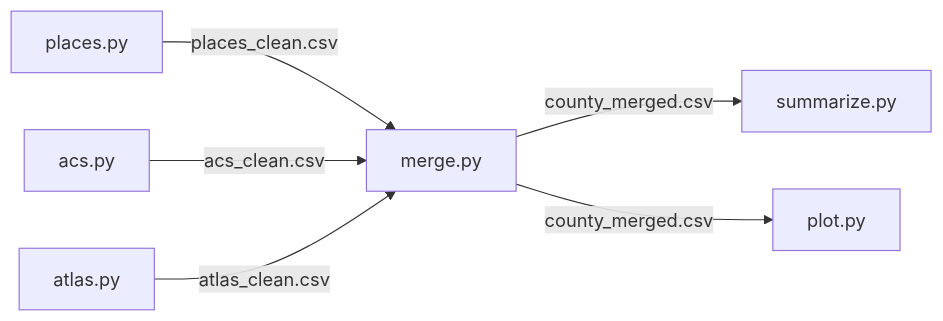
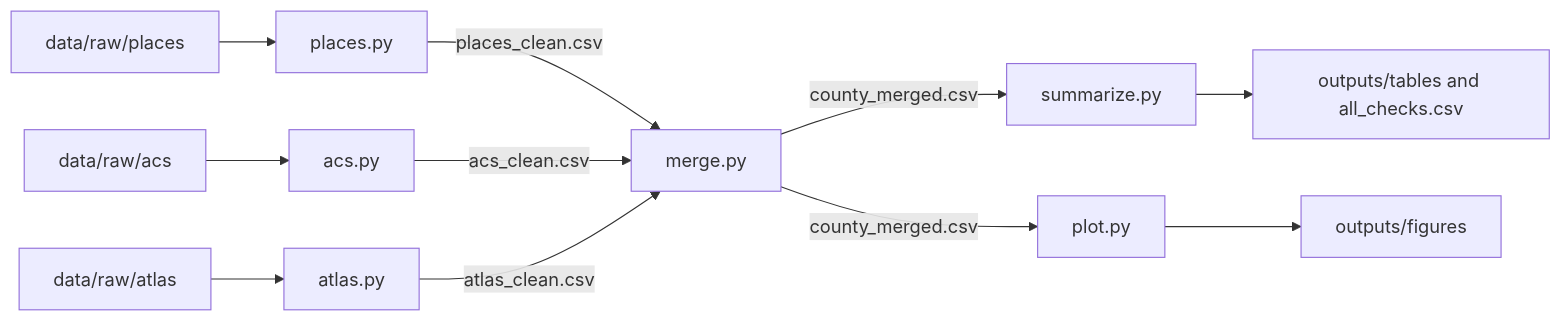
One commit to EshanVelidandla/EZToGether changed the diagram in StatusReport.md. Above: the diagram before and after it, drawn with Mermaid. The commit also changed other lines of this file, not shown here.

Commit message:
Add ACS section, fresh-clone results, timeline and Eshan contribution summary

````diff
--- a/StatusReport.md
+++ b/StatusReport.md
@@ -27,8 +33,13 @@
 ```mermaid
 flowchart LR
-    P[places.py] -->|places_clean.csv| M[merge.py]
-    A[acs.py] -->|acs_clean.csv| M
-    T[atlas.py] -->|atlas_clean.csv| M
+    R1[data/raw/places] --> P[places.py]
+    R2[data/raw/acs] --> A[acs.py]
+    R3[data/raw/atlas] --> T[atlas.py]
+    P -->|places_clean.csv| M[merge.py]
+    A -->|acs_clean.csv| M
+    T -->|atlas_clean.csv| M
     M -->|county_merged.csv| S[summarize.py]
     M -->|county_merged.csv| G[plot.py]
+    S --> O1[outputs/tables and all_checks.csv]
+    G --> O2[outputs/figures]
 ```
````
